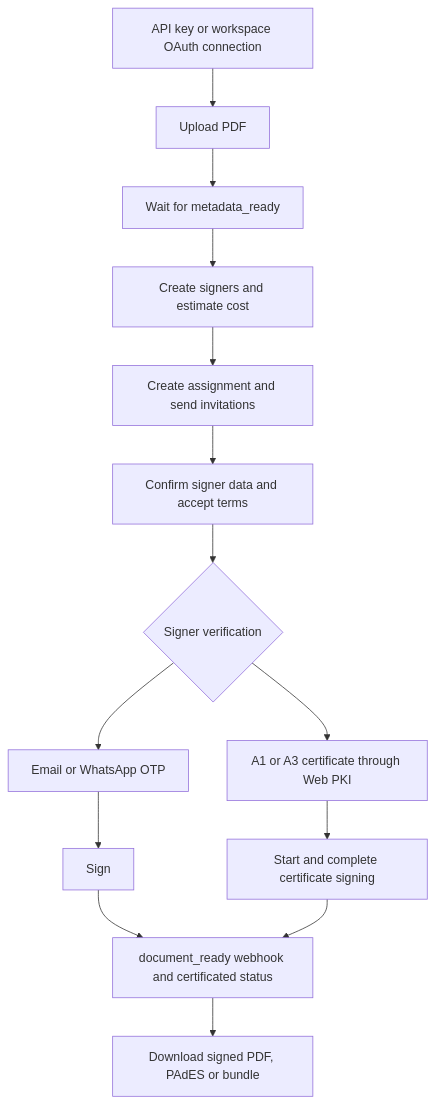
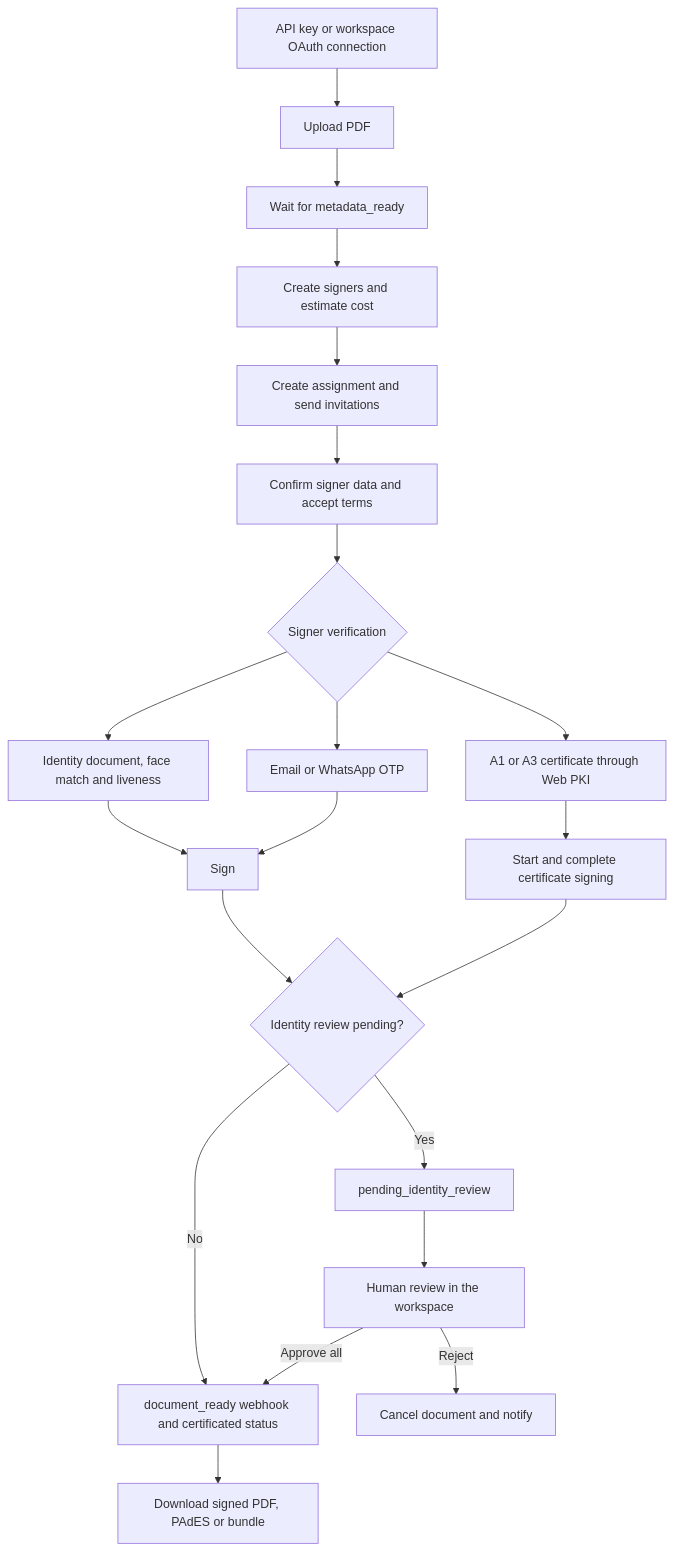
Before and after one commit to assinafy/csharp-sdk: the diagram in README.en.md, drawn with Mermaid. The commit also changed other lines of this file and 31 other files, not shown here.

````diff
--- a/README.en.md
+++ b/README.en.md
@@ -564,16 +564,23 @@
 ```mermaid
 flowchart TD
     A[API key or workspace OAuth connection] --> B[Upload PDF]
     B --> C[Wait for metadata_ready]
     C --> D[Create signers and estimate cost]
     D --> E[Create assignment and send invitations]
     E --> M[Confirm signer data and accept terms]
     M --> F{Signer verification}
     F --> G[Email or WhatsApp OTP]
     F --> H[A1 or A3 certificate through Web PKI]
+    F --> N[Identity document, face match and liveness]
+    N --> I
     G --> I[Sign]
     H --> J[Start and complete certificate signing]
-    I --> K[document_ready webhook and certificated status]
-    J --> K
+    I --> R{Identity review pending?}
+    J --> R
+    R -->|No| K[document_ready webhook and certificated status]
+    R -->|Yes| P[pending_identity_review]
+    P --> Q[Human review in the workspace]
+    Q -->|Approve all| K
+    Q -->|Reject| X[Cancel document and notify]
     K --> L[Download signed PDF, PAdES or bundle]
 ```
````
